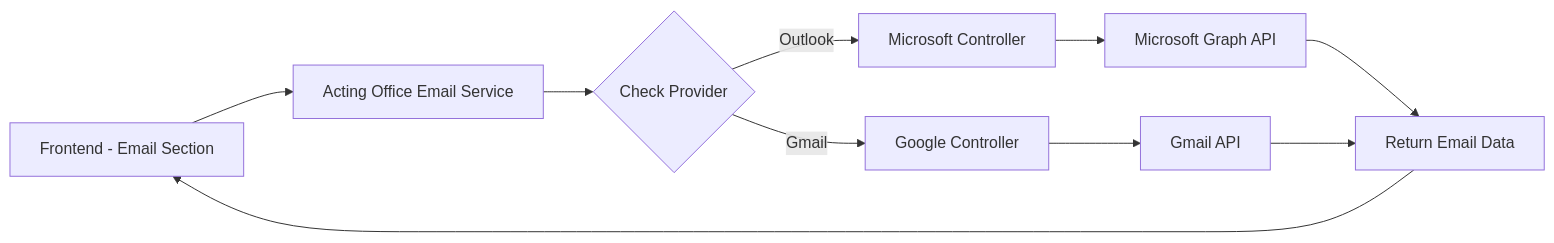
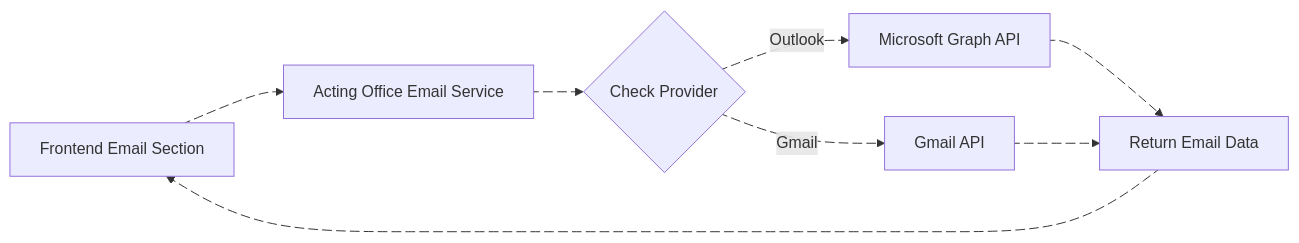
Before and after one commit to Harshita-capsitech/EmailDocs: the fifth of 11 diagrams in overAll.md, drawn with Mermaid. The commit also changed other lines of this file, not shown here.

First line of the commit message:
Revise email system documentation and diagrams

````diff
--- a/overAll.md
+++ b/overAll.md
@@ -179,12 +182,22 @@
 ```mermaid
 graph LR
-    A[Frontend - Email Section] --> B[Acting Office Email Service]
-    B --> C{Check Provider}
-    C -->|Outlook| D[Microsoft Controller]
-    C -->|Gmail| E[Google Controller]
-    D --> F[Microsoft Graph API]
-    E --> G[Gmail API]
-    F --> H[Return Email Data]
-    G --> H
-    H --> A
+    A[Frontend Email Section] edge1@--> B[Acting Office Email Service]
+    B edge2@--> C{Check Provider}
+
+    C edge3@-->|Outlook| F[Microsoft Graph API]
+    C edge4@-->|Gmail| G[Gmail API]
+
+    F edge5@--> H[Return Email Data]
+    G edge6@--> H
+
+    H edge7@--> A
+
+    edge1@{ animate: fast }
+    edge2@{ animate: fast }
+    edge3@{ animate: fast }
+    edge4@{ animate: fast }
+    edge5@{ animate: fast }
+    edge6@{ animate: fast }
+    edge7@{ animate: fast }
+
 ```
````
